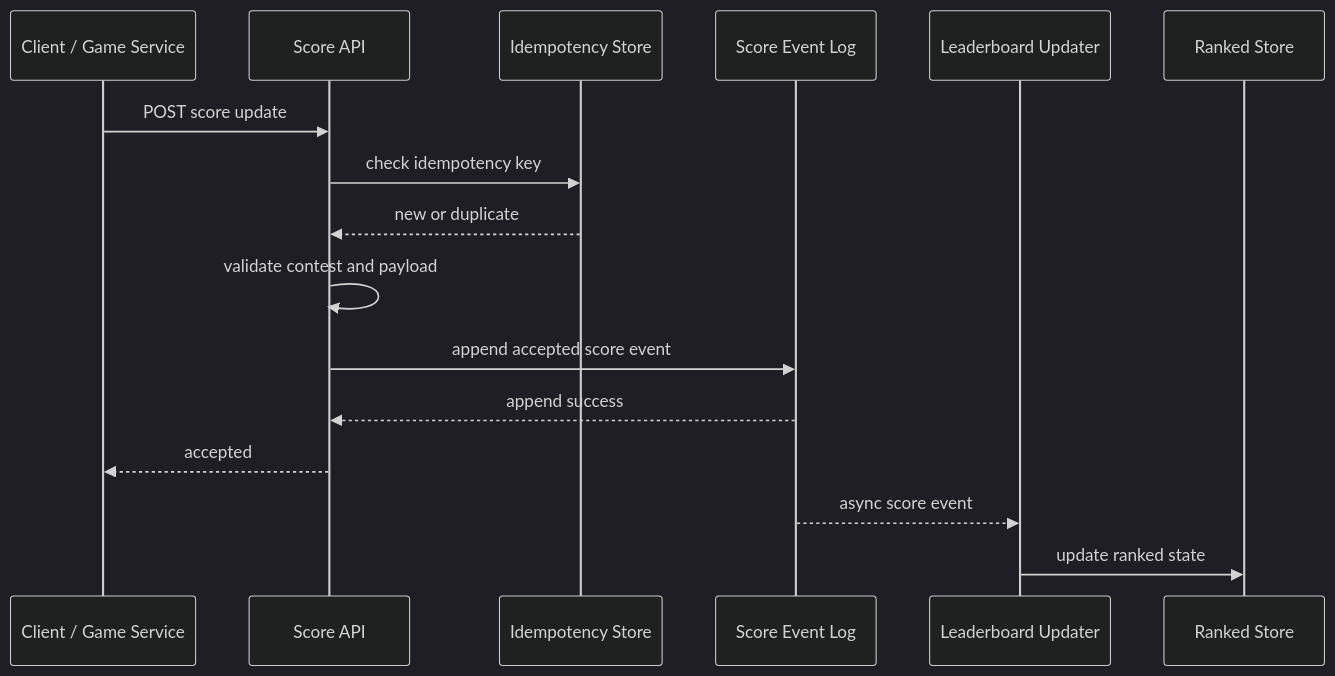
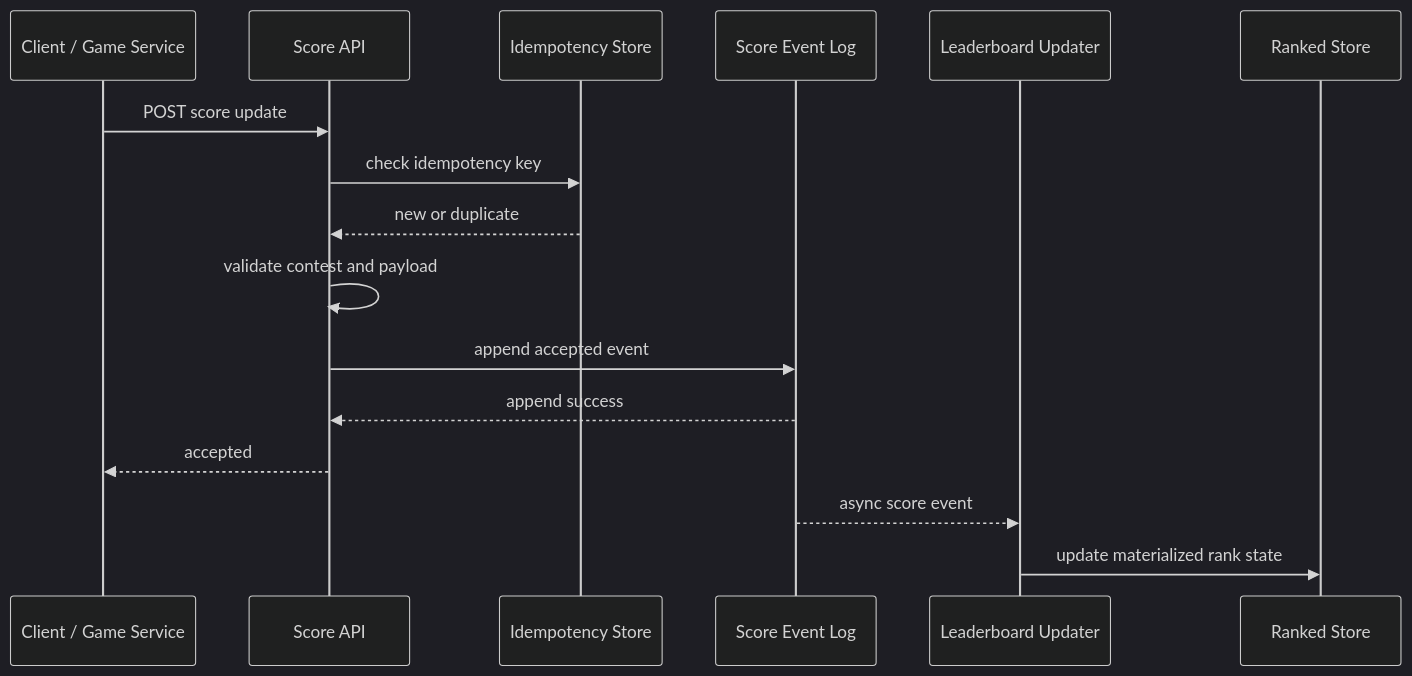
The fourth of 13 diagrams in Case-Studies/leaderboard-system/leaderboardSystem.md (hitman-abhi/system-design-guide), drawn with Mermaid (dark theme) before and after one commit. The commit also changed other lines of this file and 11 other files, not shown here.

````diff
--- a/Case-Studies/leaderboard-system/leaderboardSystem.md
+++ b/Case-Studies/leaderboard-system/leaderboardSystem.md
@@ -411,19 +450,19 @@
 ```mermaid
 sequenceDiagram
     participant C as Client / Game Service
     participant API as Score API
     participant IDEMP as Idempotency Store
     participant LOG as Score Event Log
     participant UPD as Leaderboard Updater
     participant RANK as Ranked Store
 
     C->>API: POST score update
     API->>IDEMP: check idempotency key
     IDEMP-->>API: new or duplicate
     API->>API: validate contest and payload
-    API->>LOG: append accepted score event
+    API->>LOG: append accepted event
     LOG-->>API: append success
     API-->>C: accepted
     LOG-->>UPD: async score event
-    UPD->>RANK: update ranked state
+    UPD->>RANK: update materialized rank state
 ```
````
